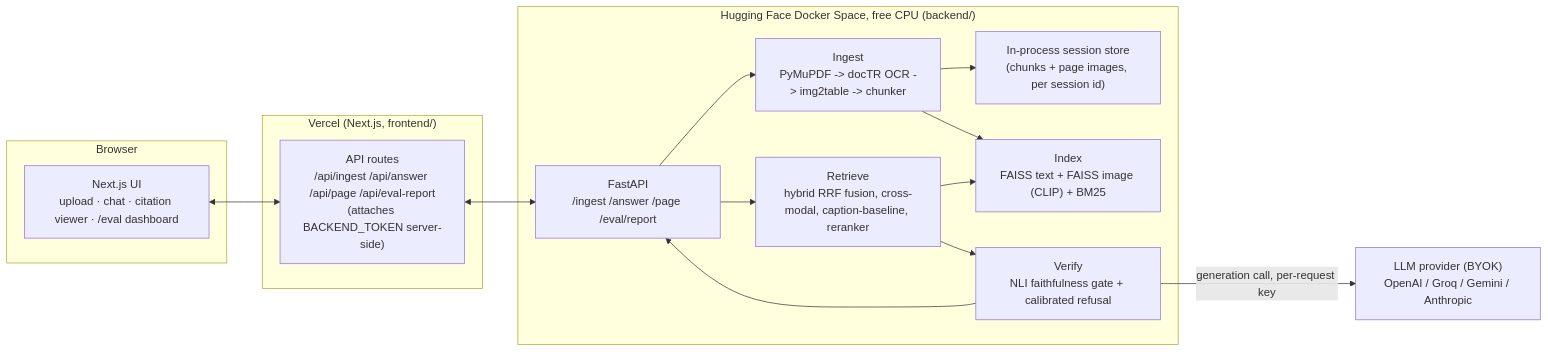
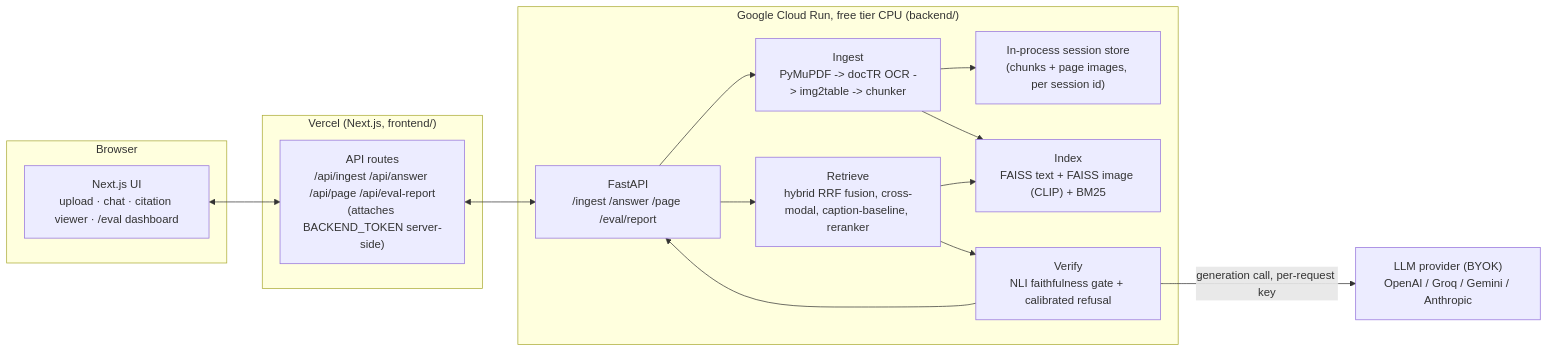
One commit to shiva-shivanibokka/Multimodal-RAG changed the diagram in README.md. Above: the diagram before and after it, drawn with Mermaid. The commit also changed other lines of this file and 2 other files, not shown here.

Commit message:
docs: update deployment docs to Google Cloud Run + live demo URLs

````diff
--- a/README.md
+++ b/README.md
@@ -100,27 +100,27 @@
 ```mermaid
 flowchart LR
     subgraph Browser
         UI["Next.js UI\nupload · chat · citation viewer · /eval dashboard"]
     end
     subgraph Vercel["Vercel (Next.js, frontend/)"]
         Proxy["API routes\n/api/ingest /api/answer /api/page /api/eval-report\n(attaches BACKEND_TOKEN server-side)"]
     end
-    subgraph Space["Hugging Face Docker Space, free CPU (backend/)"]
+    subgraph Space["Google Cloud Run, free tier CPU (backend/)"]
         API["FastAPI\n/ingest /answer /page /eval/report"]
         Ingest["Ingest\nPyMuPDF -> docTR OCR -> img2table -> chunker"]
         Index["Index\nFAISS text + FAISS image (CLIP) + BM25"]
         Retrieve["Retrieve\nhybrid RRF fusion, cross-modal, caption-baseline, reranker"]
         Verify["Verify\nNLI faithfulness gate + calibrated refusal"]
         Session["In-process session store\n(chunks + page images, per session id)"]
     end
     Provider["LLM provider (BYOK)\nOpenAI / Groq / Gemini / Anthropic"]
 
     UI <--> Proxy
     Proxy <--> API
     API --> Ingest --> Session
     Ingest --> Index
     API --> Retrieve --> Index
     Retrieve --> Verify
     Verify -- generation call, per-request key --> Provider
     Verify --> API
 ```
````
